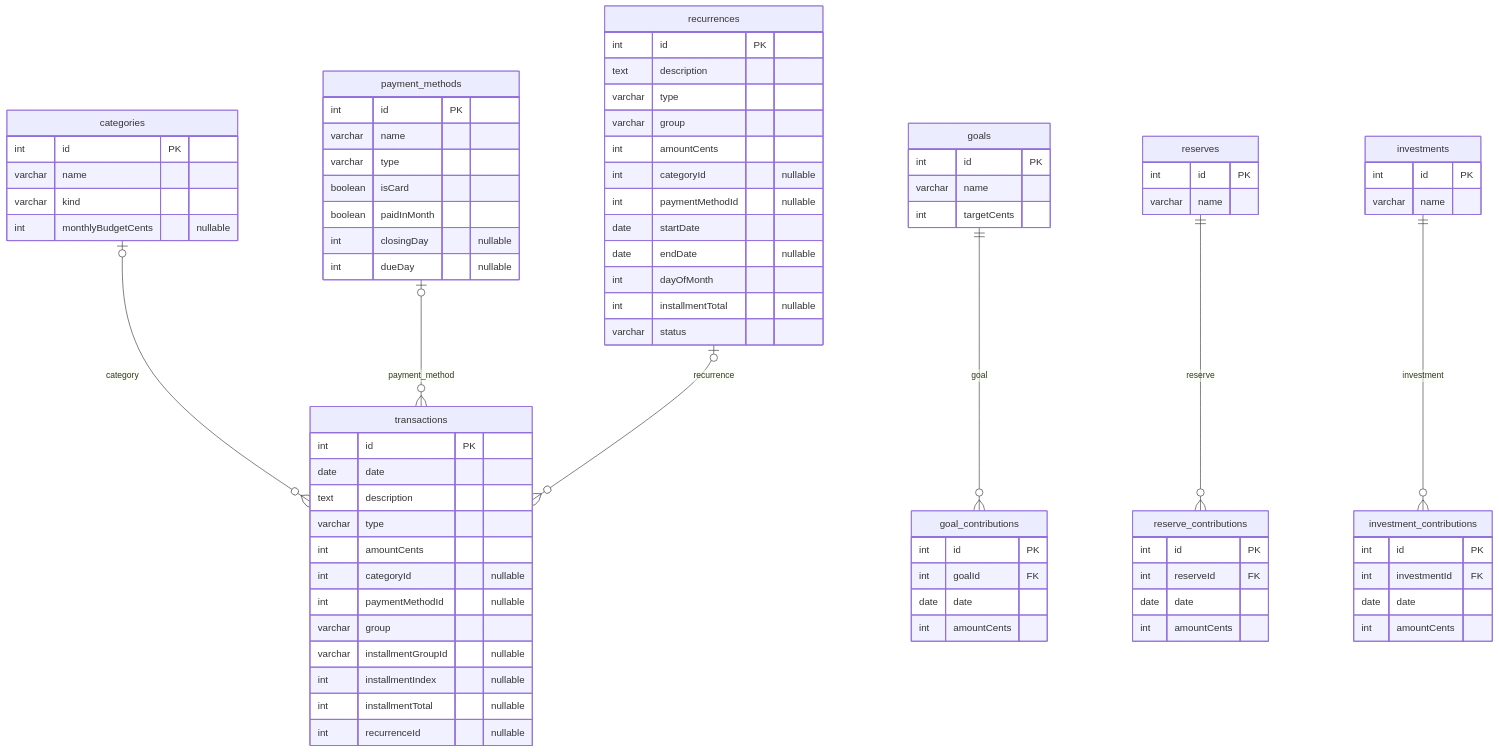
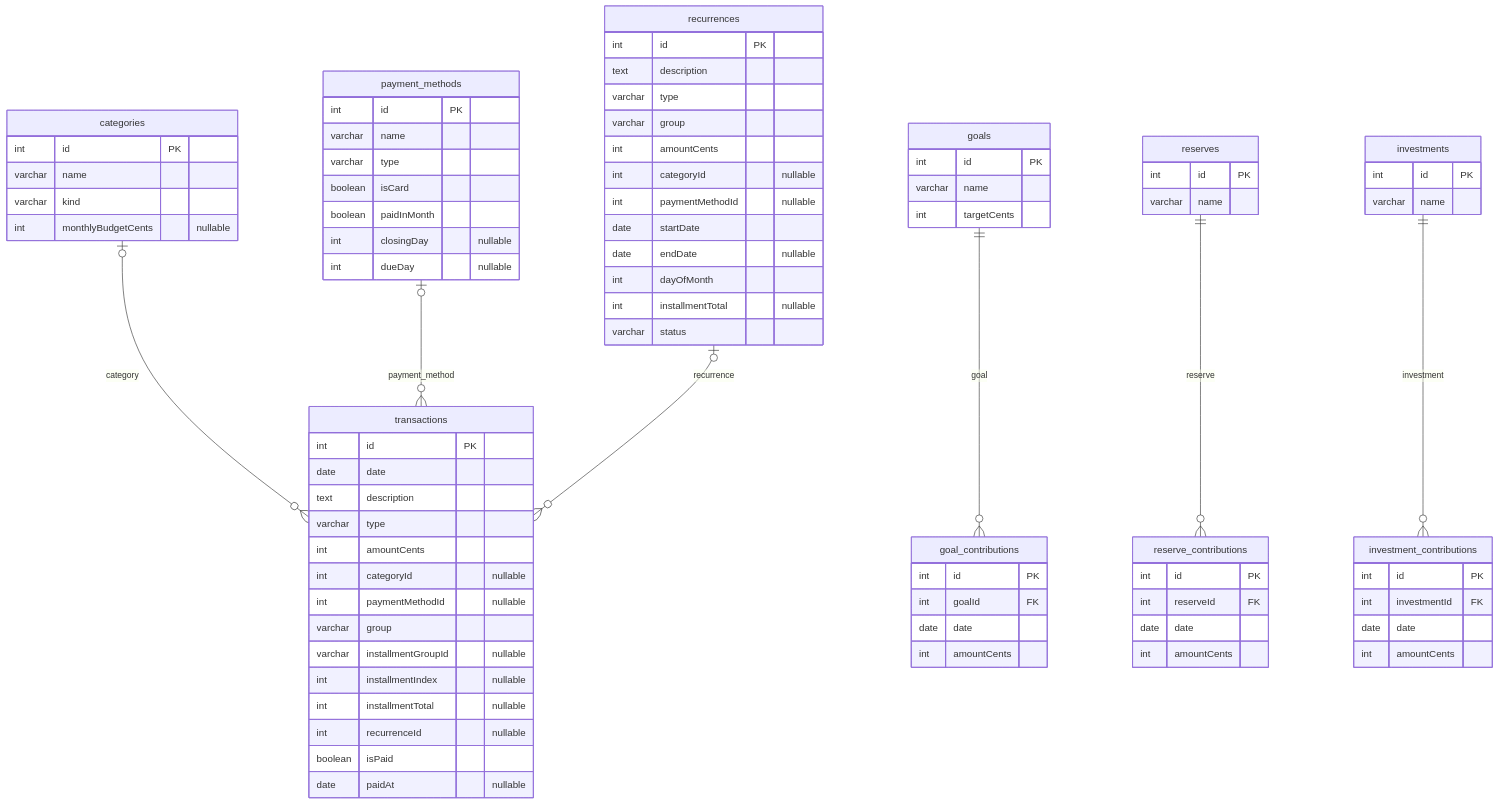
The diagram in docs/MODELO_DADOS.md (luanpgmachado/proj-saas-26), drawn with Mermaid before and after one commit. The commit also changed other lines of this file and 11 other files, not shown here.

```diff
--- a/docs/MODELO_DADOS.md
+++ b/docs/MODELO_DADOS.md
@@ -40,6 +40,8 @@
     int installmentIndex "nullable"
     int installmentTotal "nullable"
     int recurrenceId "nullable"
+    boolean isPaid
+    date paidAt "nullable"
   }
 
   recurrences {
```
